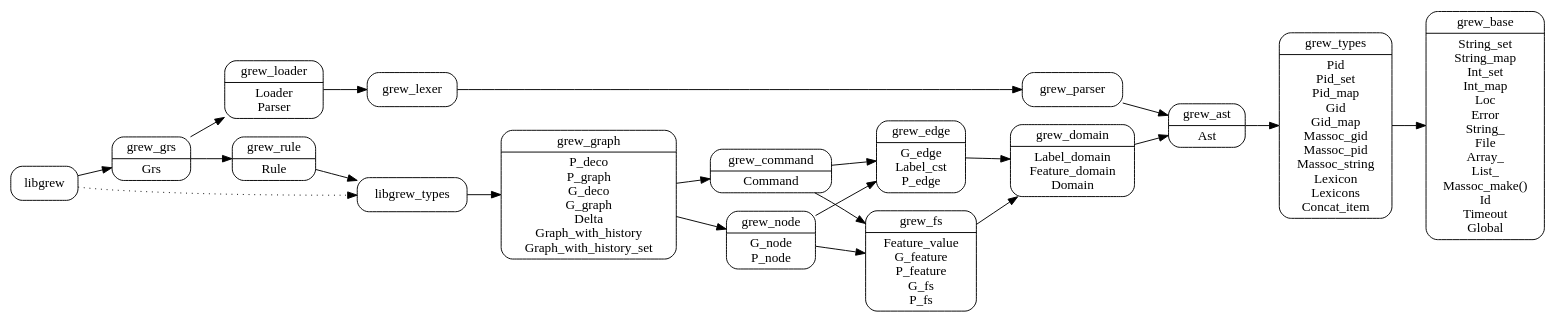
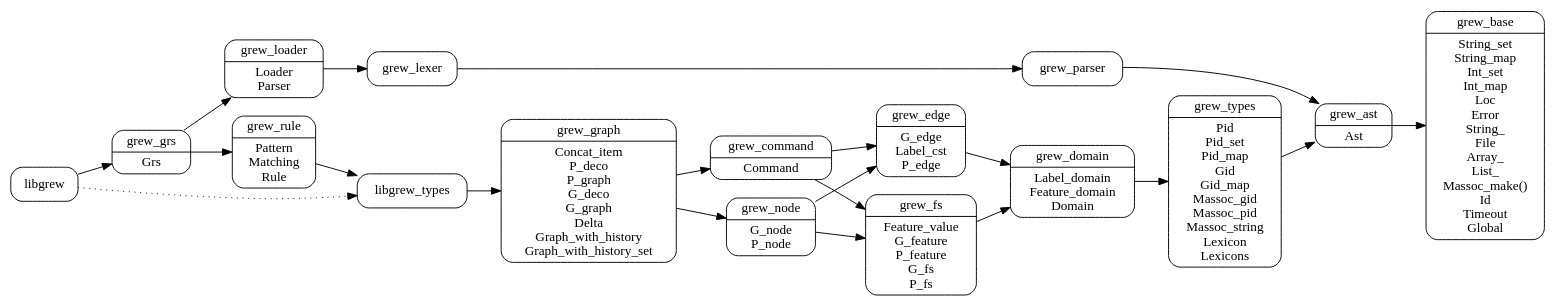
The diagram in dev/arch.dot (grew-nlp/grewlib), drawn with Graphviz before and after one commit. The commit also changed 11 other files, not shown here.

```diff
--- a/dev/arch.dot
+++ b/dev/arch.dot
@@ -1,33 +1,33 @@
 digraph grew {
   node [shape=Mrecord];
   rankdir = LR;
   grew_base [label="grew_base|String_set\nString_map\nInt_set\nInt_map\nLoc\nError\nString_\nFile\nArray_\nList_\nMassoc_make()\nId\nTimeout\nGlobal"]
-  grew_types [label="grew_types|Pid\nPid_set\nPid_map\nGid\nGid_map\nMassoc_gid\nMassoc_pid\nMassoc_string\nLexicon\nLexicons\nConcat_item"]
+  grew_types [label="grew_types|Pid\nPid_set\nPid_map\nGid\nGid_map\nMassoc_gid\nMassoc_pid\nMassoc_string\nLexicon\nLexicons"]
   grew_ast [label="grew_ast|Ast"]
   grew_domain [label="grew_domain|Label_domain\nFeature_domain\nDomain"]
   grew_loader [label="grew_loader|Loader\nParser"]
   grew_fs [label="grew_fs|Feature_value\nG_feature\nP_feature\nG_fs\nP_fs"]
   grew_edge [label="grew_edge|G_edge\nLabel_cst\nP_edge"]
   grew_node [label="grew_node|G_node\nP_node"]
   grew_command [label="grew_command|Command"]
-  grew_graph [label="grew_graph|P_deco\nP_graph\nG_deco\nG_graph\nDelta\nGraph_with_history\nGraph_with_history_set"]
-  grew_rule [label="grew_rule|Rule"]
+  grew_graph [label="grew_graph|Concat_item\nP_deco\nP_graph\nG_deco\nG_graph\nDelta\nGraph_with_history\nGraph_with_history_set"]
+  grew_rule [label="grew_rule|Pattern\nMatching\nRule"]
   grew_grs [label="grew_grs|Grs"]
 
-grew_domain -> grew_ast -> grew_types -> grew_base
+grew_domain -> grew_types -> grew_ast -> grew_base
 grew_edge -> grew_domain
 grew_fs -> grew_domain
 grew_command -> grew_edge
 grew_command -> grew_fs
 grew_node -> grew_edge
 grew_node -> grew_fs
 grew_graph -> grew_node
 grew_graph -> grew_command
 libgrew_types -> grew_graph
 grew_rule -> libgrew_types
 grew_grs -> grew_rule
 grew_grs -> grew_loader -> grew_lexer -> grew_parser -> grew_ast
 libgrew -> grew_grs
 
 libgrew -> libgrew_types [style=dotted]
 }
```
